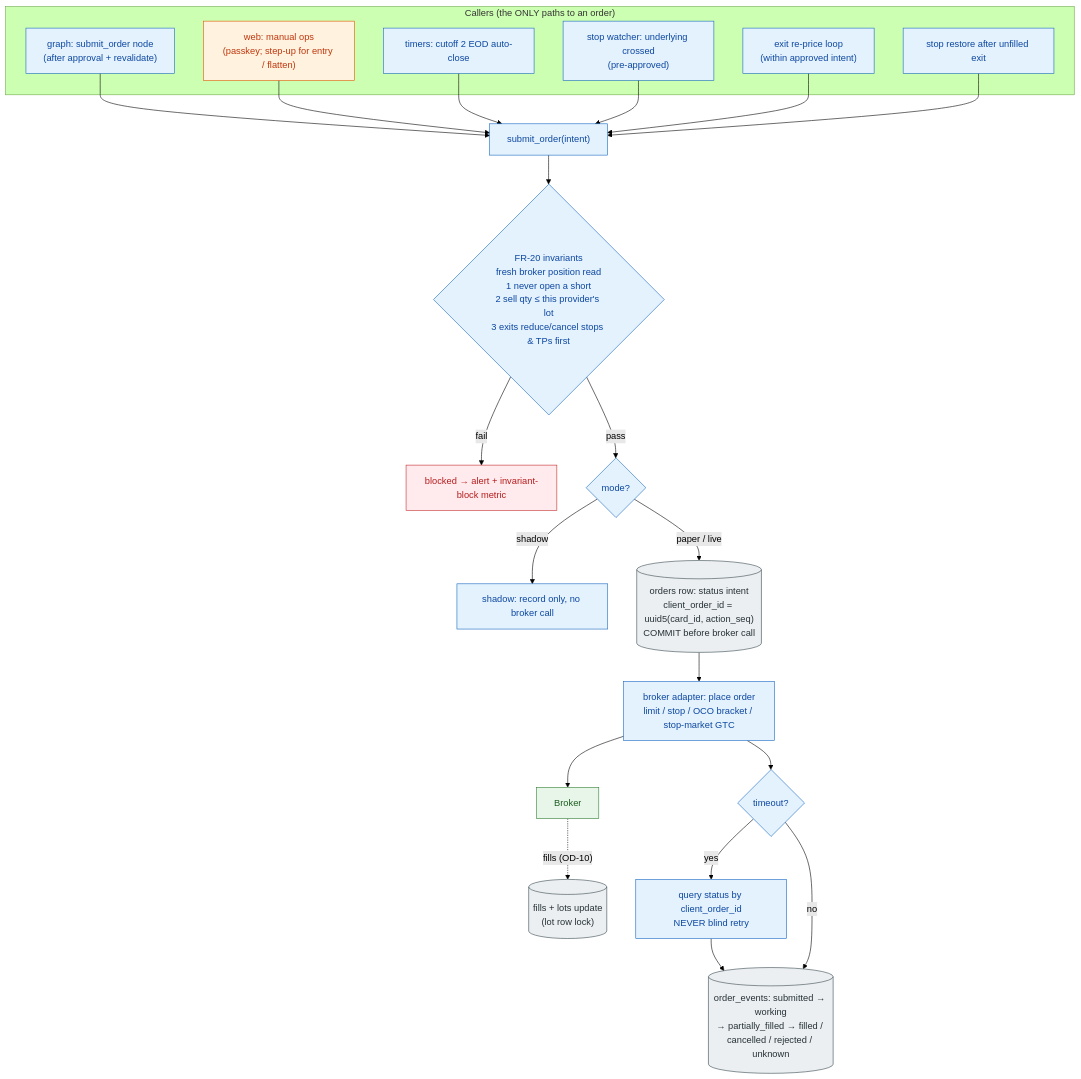
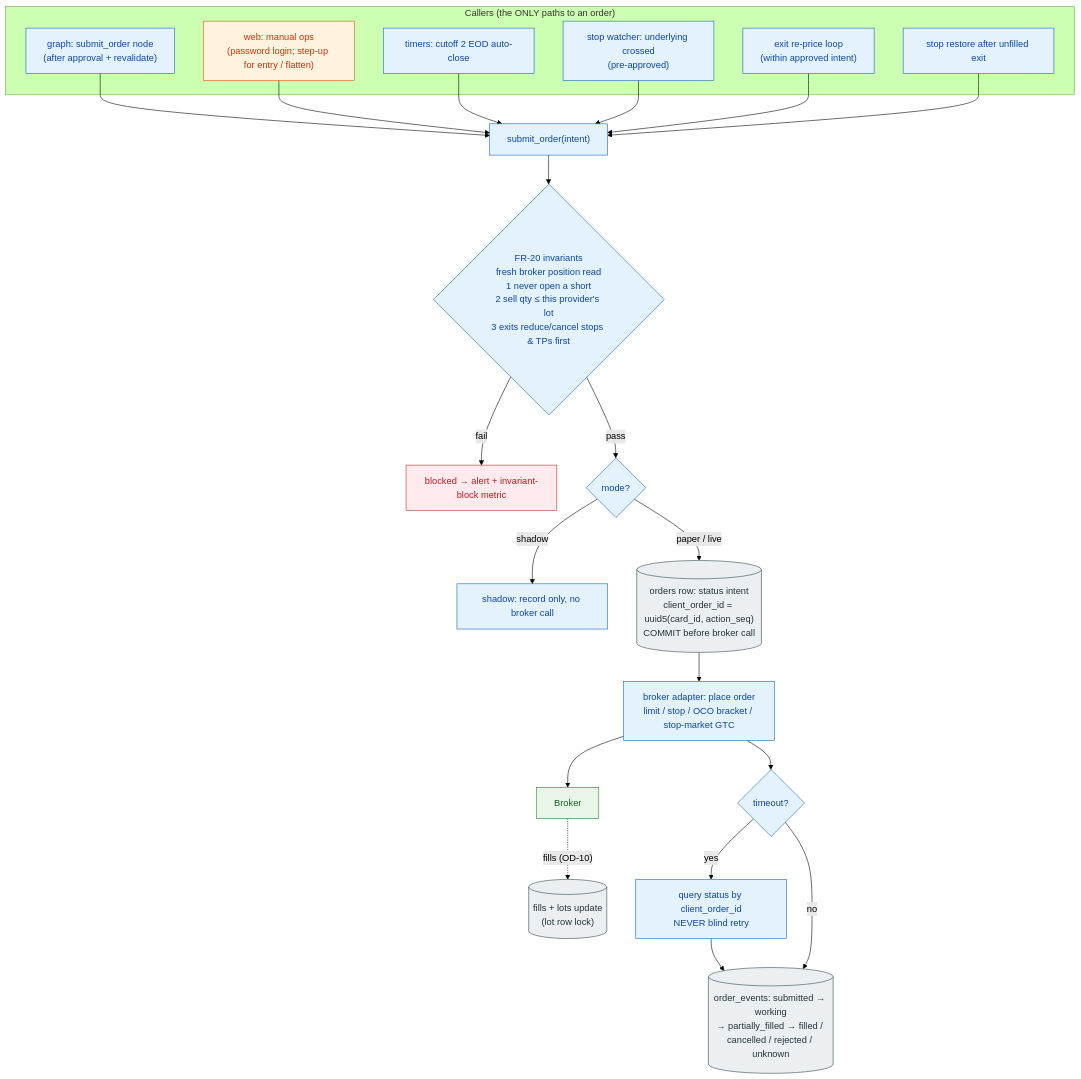
Before and after one commit to idolrun/trading-agent: the fourth of 5 diagrams in docs/diagrams/02-component-architecture.md, drawn with Mermaid (forest theme). The commit also changed other lines of this file and 83 other files, not shown here.

````diff
--- a/docs/diagrams/02-component-architecture.md
+++ b/docs/diagrams/02-component-architecture.md
@@ -310,46 +310,46 @@
 ```mermaid
 flowchart TB
     classDef code fill:#e3f2fd,stroke:#1565c0,color:#0d47a1
     classDef ext fill:#e8f5e9,stroke:#2e7d32,color:#1b5e20
     classDef fail fill:#ffebee,stroke:#c62828,color:#b71c1c
     classDef store fill:#eceff1,stroke:#37474f,color:#263238
     classDef human fill:#fff3e0,stroke:#e65100,color:#bf360c
 
     subgraph CALLERS["Callers (the ONLY paths to an order)"]
         G["graph: submit_order node<br/>(after approval + revalidate)"]:::code
-        M["web: manual ops<br/>(passkey; step-up for entry / flatten)"]:::human
+        M["web: manual ops<br/>(password login; step-up for entry / flatten)"]:::human
         T["timers: cutoff 2 EOD auto-close"]:::code
         SW["stop watcher: underlying crossed<br/>(pre-approved)"]:::code
         RP["exit re-price loop<br/>(within approved intent)"]:::code
         SR["stop restore after unfilled exit"]:::code
     end
 
     SUB["submit_order(intent)"]:::code
     INV{"FR-20 invariants<br/>fresh broker position read<br/>1 never open a short<br/>2 sell qty ≤ this provider's lot<br/>3 exits reduce/cancel stops & TPs first"}:::code
     BLOCK["blocked → alert + invariant-block metric"]:::fail
     MODE{"mode?"}:::code
     SHADOW["shadow: record only, no broker call"]:::code
     INTENT[("orders row: status intent<br/>client_order_id = uuid5(card_id, action_seq)<br/>COMMIT before broker call")]:::store
     CALL["broker adapter: place order<br/>limit / stop / OCO bracket / stop-market GTC"]:::code
     BRK["Broker"]:::ext
     TO{"timeout?"}:::code
     QRY["query status by client_order_id<br/>NEVER blind retry"]:::code
     WORK[("order_events: submitted → working<br/>→ partially_filled → filled / cancelled / rejected / unknown")]:::store
     FILLS[("fills + lots update<br/>(lot row lock)")]:::store
 
     G --> SUB
     M --> SUB
     T --> SUB
     SW --> SUB
     RP --> SUB
     SR --> SUB
     SUB --> INV
     INV -->|"fail"| BLOCK
     INV -->|"pass"| MODE
     MODE -->|"shadow"| SHADOW
     MODE -->|"paper / live"| INTENT --> CALL --> BRK
     CALL --> TO
     TO -->|"yes"| QRY --> WORK
     TO -->|"no"| WORK
     BRK -.->|"fills (OD-10)"| FILLS
 ```
````
